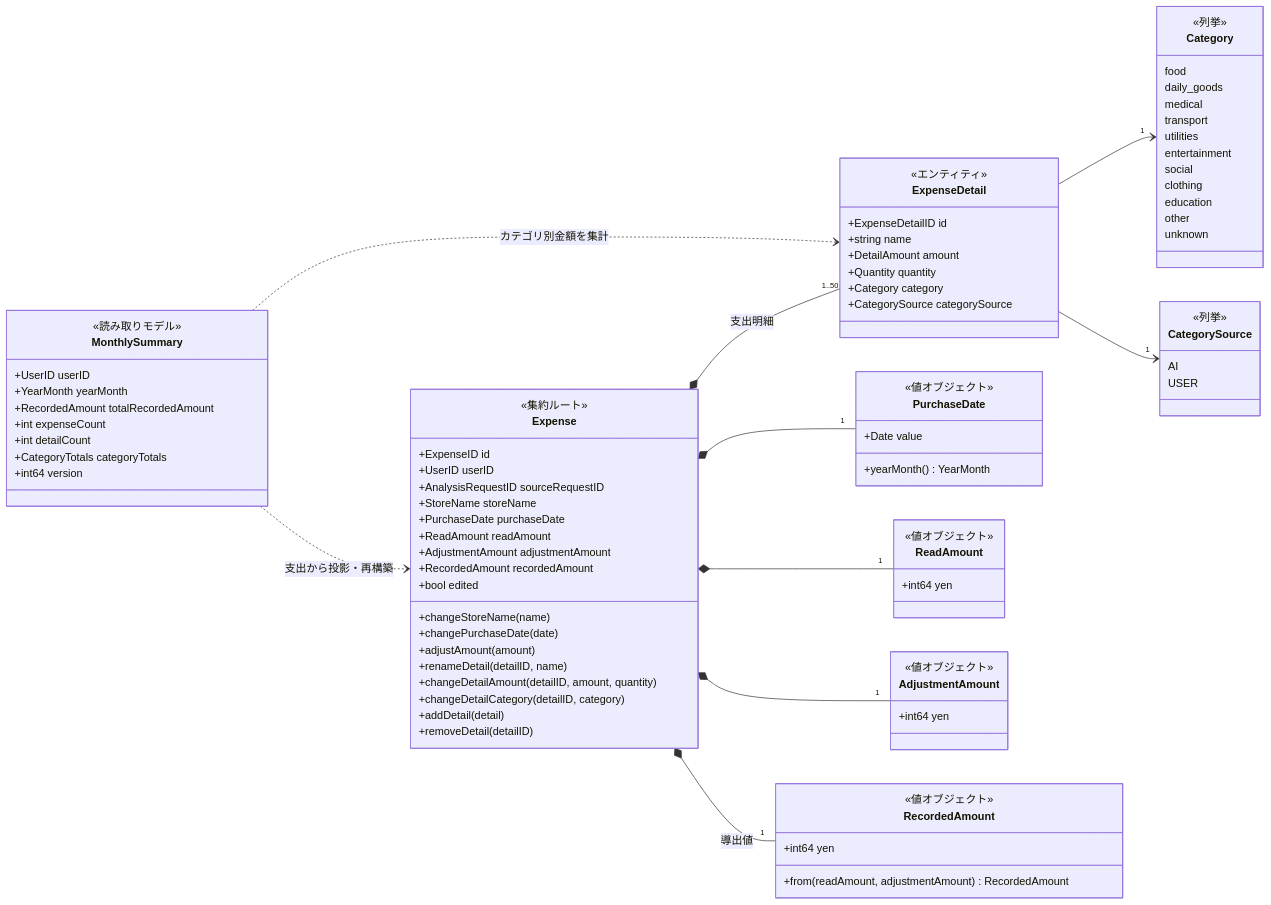
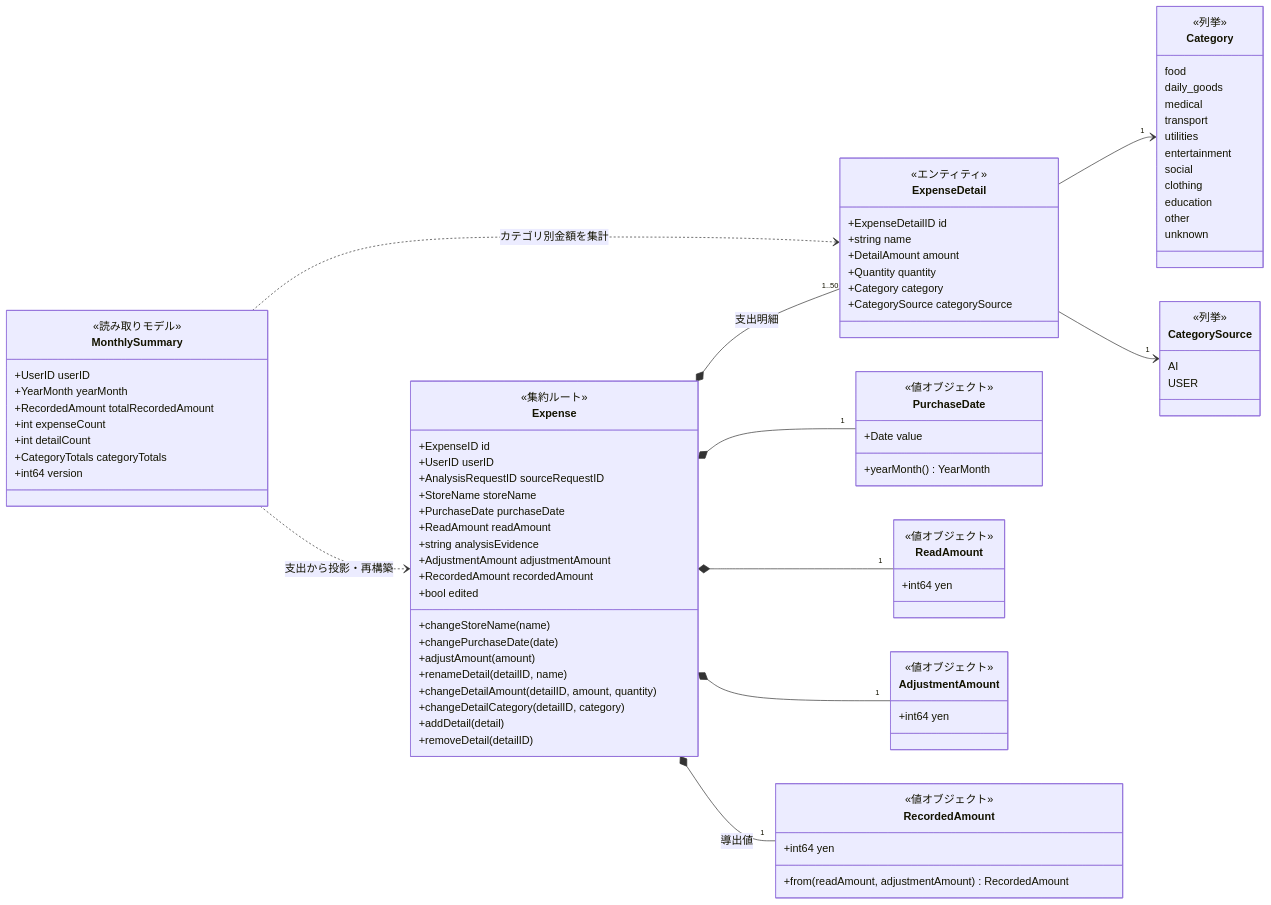
Before and after one commit to shrimptails-f/snap_kakeibo: the third of 4 diagrams in docs/ddd/domain-model-diagram.md, drawn with Mermaid. The commit also changed other lines of this file and 15 other files, not shown here.

```diff
--- a/docs/ddd/domain-model-diagram.md
+++ b/docs/ddd/domain-model-diagram.md
@@ -129,6 +131,7 @@
         +StoreName storeName
         +PurchaseDate purchaseDate
         +ReadAmount readAmount
+        +string analysisEvidence
         +AdjustmentAmount adjustmentAmount
         +RecordedAmount recordedAmount
         +bool edited
```
